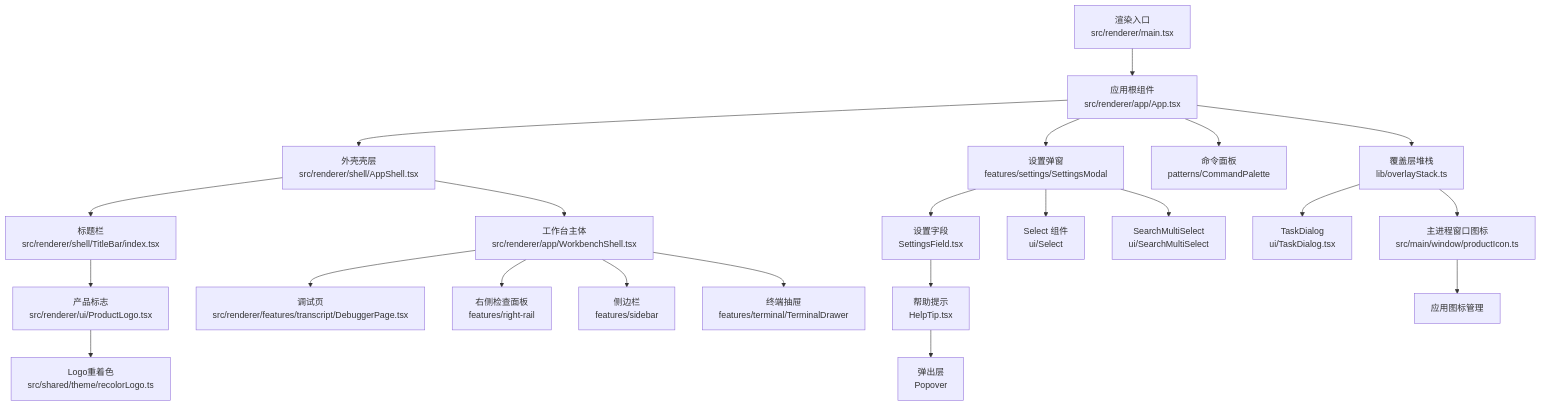
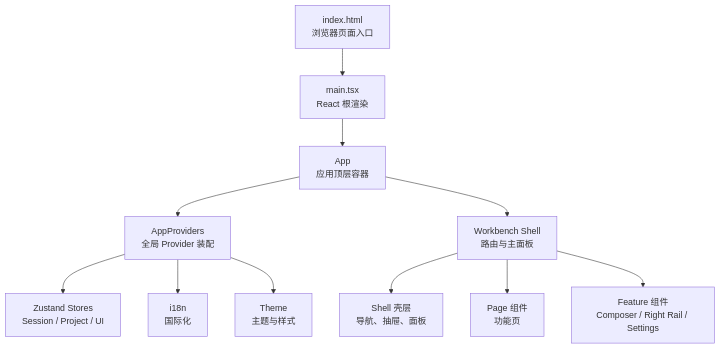
Before and after one commit to haolange/RDC-Agent: the first of 10 diagrams in .qoder/repowiki/zh/content/用户界面/用户界面.md, drawn with Mermaid. The commit also changed other lines of this file and 356 other files, not shown here.

````diff
--- a/.qoder/repowiki/zh/content/用户界面/用户界面.md
+++ b/.qoder/repowiki/zh/content/用户界面/用户界面.md
@@ -68,24 +48,13 @@
 ```mermaid
 graph TB
-A["渲染入口<br/>src/renderer/main.tsx"] --> B["应用根组件<br/>src/renderer/app/App.tsx"]
-B --> C["外壳壳层<br/>src/renderer/shell/AppShell.tsx"]
-C --> D["标题栏<br/>src/renderer/shell/TitleBar/index.tsx"]
-D --> E["产品标志<br/>src/renderer/ui/ProductLogo.tsx"]
-E --> F["Logo重着色<br/>src/shared/theme/recolorLogo.ts"]
-C --> G["工作台主体<br/>src/renderer/app/WorkbenchShell.tsx"]
-G --> H["调试页<br/>src/renderer/features/transcript/DebuggerPage.tsx"]
-G --> I["右侧检查面板<br/>features/right-rail"]
-G --> J["侧边栏<br/>features/sidebar"]
-G --> K["终端抽屉<br/>features/terminal/TerminalDrawer"]
-B --> L["设置弹窗<br/>features/settings/SettingsModal"]
-L --> M["设置字段<br/>SettingsField.tsx"]
-M --> N["帮助提示<br/>HelpTip.tsx"]
-N --> O["弹出层<br/>Popover"]
-B --> P["命令面板<br/>patterns/CommandPalette"]
-B --> Q["覆盖层堆栈<br/>lib/overlayStack.ts"]
-Q --> R["TaskDialog<br/>ui/TaskDialog.tsx"]
-Q --> S["ModalFocus Hook<br/>lib/useModalFocus.ts"]
-L --> T["Select 组件<br/>ui/Select"]
-L --> U["SearchMultiSelect<br/>ui/SearchMultiSelect"]
-S["主进程窗口图标<br/>src/main/window/productIcon.ts"] --> V["应用图标管理"]
+    HTML["index.html<br/>浏览器页面入口"] --> MAIN["main.tsx<br/>React 根渲染"]
+    MAIN --> APP["App<br/>应用顶层容器"]
+    APP --> PROVIDERS["AppProviders<br/>全局 Provider 装配"]
+    APP --> WORKBENCH["Workbench Shell<br/>路由与主面板"]
+    WORKBENCH --> SHELL["Shell 壳层<br/>导航、抽屉、面板"]
+    WORKBENCH --> PAGES["Page 组件<br/>功能页"]
+    WORKBENCH --> FEATURES["Feature 组件<br/>Composer / Right Rail / Settings"]
+    PROVIDERS --> STORES["Zustand Stores<br/>Session / Project / UI"]
+    PROVIDERS --> I18N["i18n<br/>国际化"]
+    PROVIDERS --> THEME["Theme<br/>主题与样式"]
 ```
````
